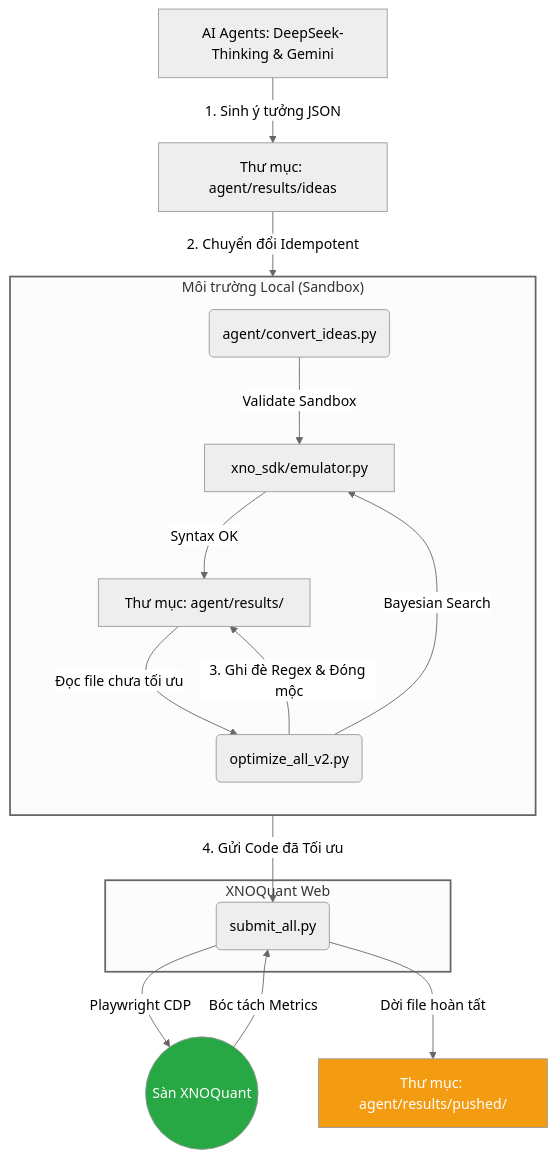
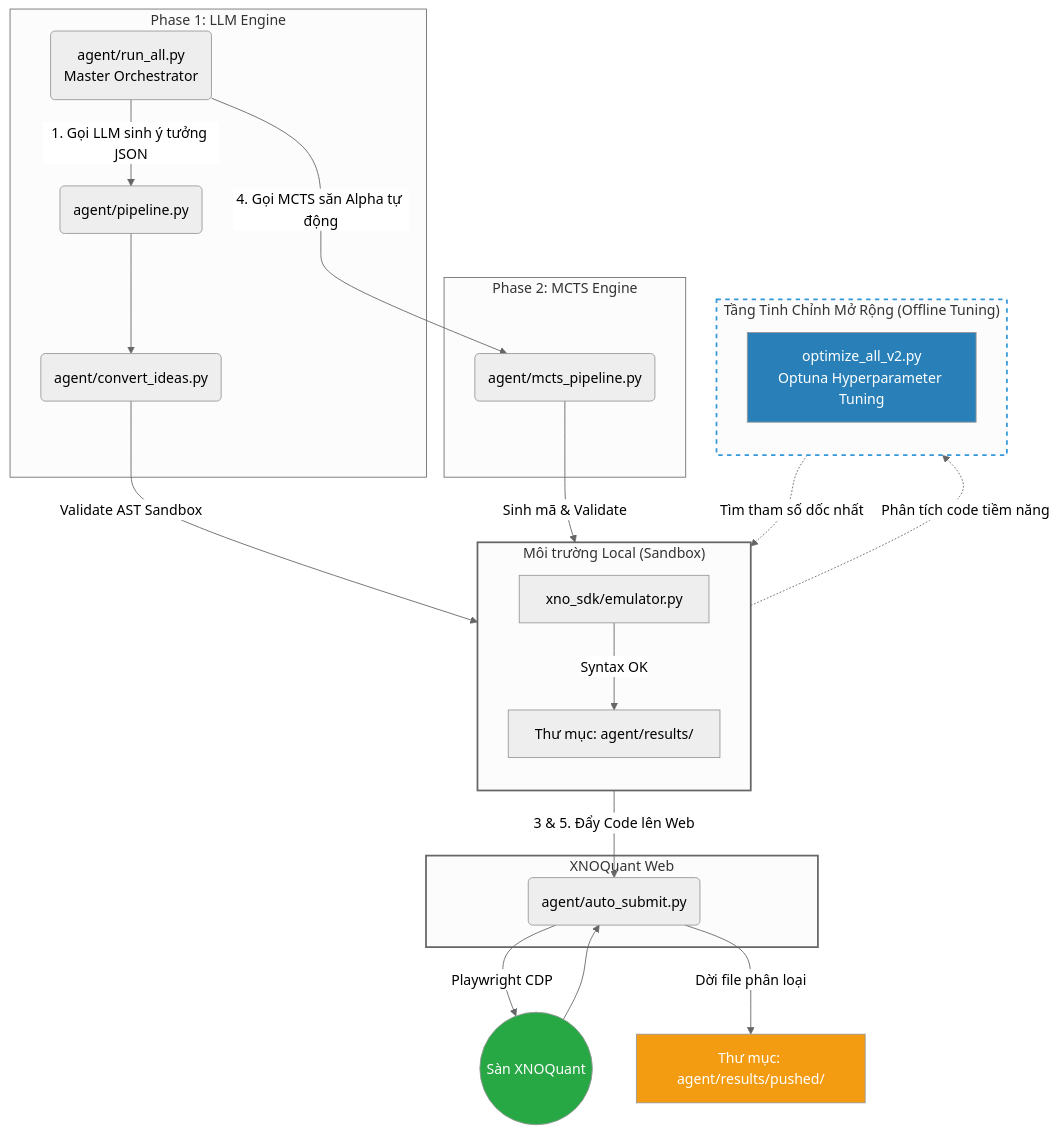
The diagram in README.md (NguyenTrungAnh-ultra/alpha_farm), drawn with Mermaid (neutral theme) before and after one commit. The commit also changed other lines of this file and 33 other files, not shown here.

Commit message:
feat: implement MCTS-based strategy generation pipeline with Ollama local integration and XNOQuant AST rules.

````diff
--- a/README.md
+++ b/README.md
@@ -9,29 +9,43 @@
 ```mermaid
 graph TD
-    subagent[AI Agents: DeepSeek-Thinking & Gemini] -->|1. Sinh ý tưởng JSON| agent_ideas[Thư mục: agent/results/ideas]
-    agent_ideas -->|2. Chuyển đổi Idempotent| convert(agent/convert_ideas.py)
+    run_all(agent/run_all.py<br>Master Orchestrator)
+    
+    subgraph LLM_Engine ["Phase 1: LLM Engine"]
+        run_all -->|1. Gọi LLM sinh ý tưởng JSON| pipeline(agent/pipeline.py)
+        pipeline --> convert(agent/convert_ideas.py)
+    end
+    
+    subgraph MCTS_Engine ["Phase 2: MCTS Engine"]
+        run_all -->|4. Gọi MCTS săn Alpha tự động| mcts(agent/mcts_pipeline.py)
+    end
     
     subgraph Local_Environment ["Môi trường Local (Sandbox)"]
         direction TB
-        convert -->|Validate Sandbox| xno_emu[xno_sdk/emulator.py]
+        convert -->|Validate AST Sandbox| xno_emu[xno_sdk/emulator.py]
         xno_emu -->|Syntax OK| agent_res[Thư mục: agent/results/]
-        
-        agent_res -->|Đọc file chưa tối ưu| opt(optimize_all_v2.py)
-        opt -->|Bayesian Search| xno_emu
-        opt -->|3. Ghi đè Regex & Đóng mộc| agent_res
+        mcts -->|Sinh mã & Validate| agent_res
+    end
+
+    subgraph Offline_Tuning ["Tầng Tinh Chỉnh Mở Rộng (Offline Tuning)"]
+        direction TB
+        agent_res -.->|Phân tích code tiềm năng| optuna_tool[optimize_all_v2.py<br>Optuna Hyperparameter Tuning]
+        optuna_tool -.->|Tìm tham số dốc nhất| agent_res
     end
 
     subgraph Web_Environment ["XNOQuant Web"]
-        auto_sub(submit_all.py)
+        auto_sub(agent/auto_submit.py)
     end
 
-    agent_res -->|4. Gửi Code đã Tối ưu| auto_sub
+    agent_res -->|3 & 5. Đẩy Code lên Web| auto_sub
     auto_sub -->|Playwright CDP| xno_web((Sàn XNOQuant))
-    xno_web -->|Bóc tách Metrics| auto_sub
-    auto_sub -->|Dời file hoàn tất| pushed[Thư mục: agent/results/pushed/]
+    
+    xno_web --> auto_sub
+    auto_sub -->|Dời file phân loại| pushed[Thư mục: agent/results/pushed/]
 
     style Local_Environment stroke:#666,stroke-width:2px
     style Web_Environment stroke:#666,stroke-width:2px
+    style Offline_Tuning stroke:#3498db,stroke-width:2px,stroke-dasharray: 5 5
     style xno_web fill:#28a745,color:#fff
     style pushed fill:#f39c12,color:#fff
+    style optuna_tool fill:#2980b9,color:#fff
 ```
````
